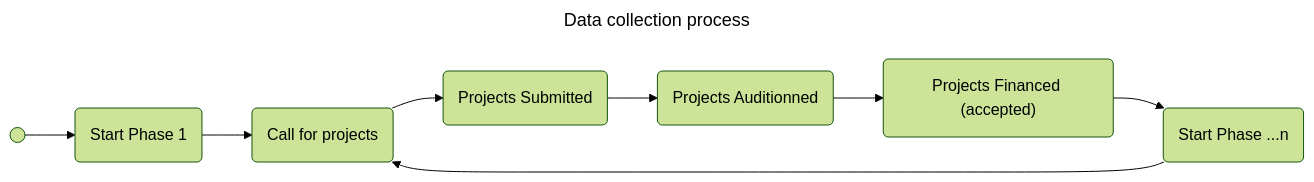
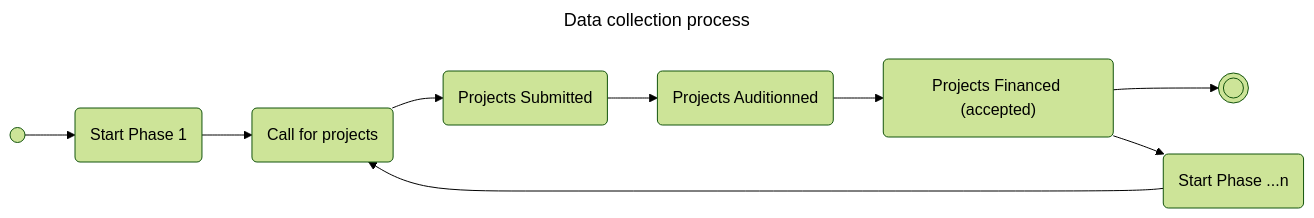
One commit to VCityTeam/PEPR-VDBI changed the first of 2 diagrams in data-visualization/src/index.md. Above: the diagram before and after it, drawn with Mermaid. The commit also changed other lines of this file and 4 other files, not shown here.

Commit message:
add project graph

````diff
--- a/data-visualization/src/index.md
+++ b/data-visualization/src/index.md
@@ -58,15 +58,16 @@
 ```mermaid
 ---
 title: Data collection process
 config:
   theme: forest
 ---
 flowchart LR
   Z(( )) --> ZZ(Start Phase 1)
   ZZ --> A
   A(Call for projects) --> B(Projects Submitted)
   B --> C(Projects Auditionned)
   C --> D("Projects Financed (accepted)")
+  D --> E((( )))
   D --> ZZZ(Start Phase ...n)
   ZZZ --> A
 ```
````
